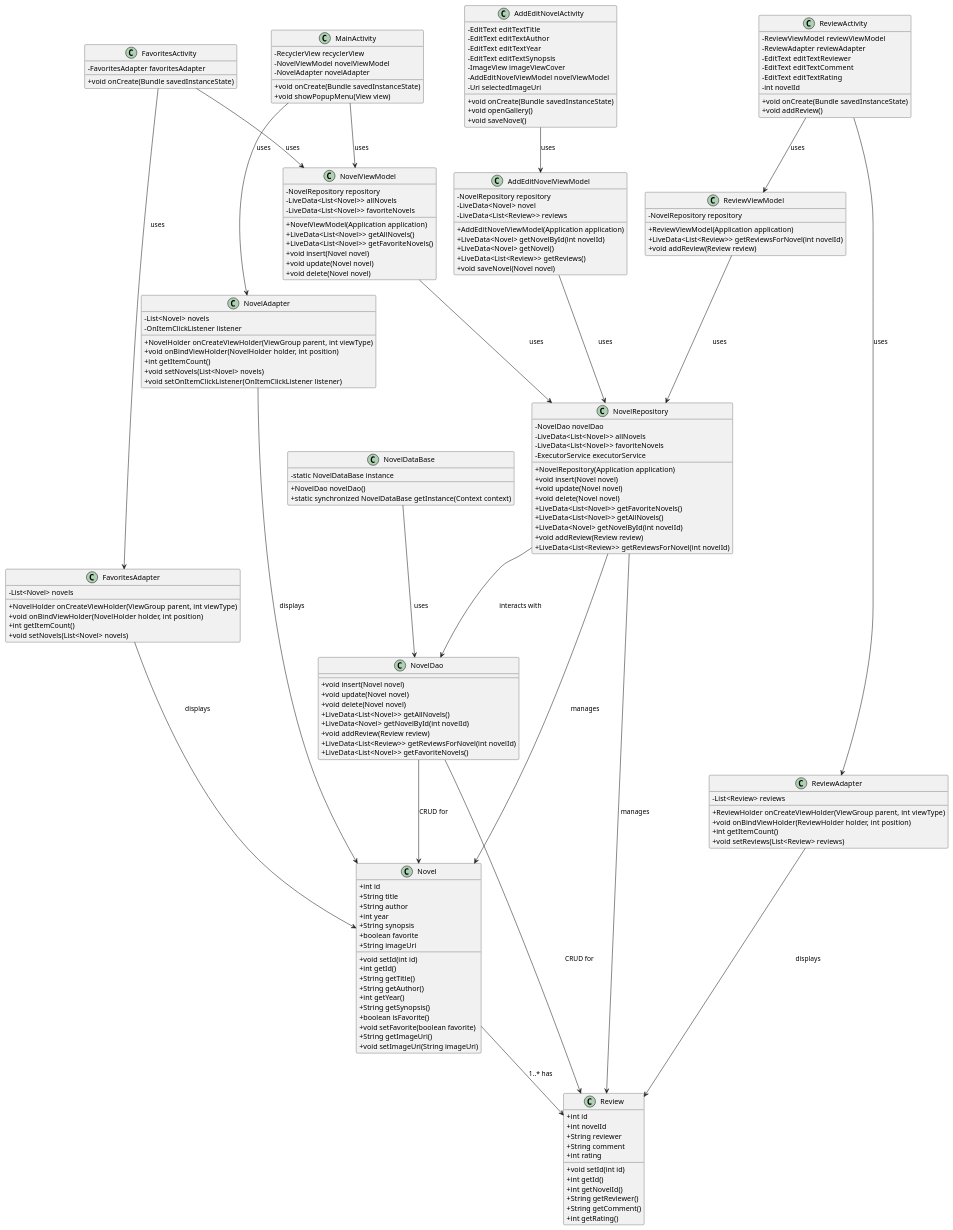
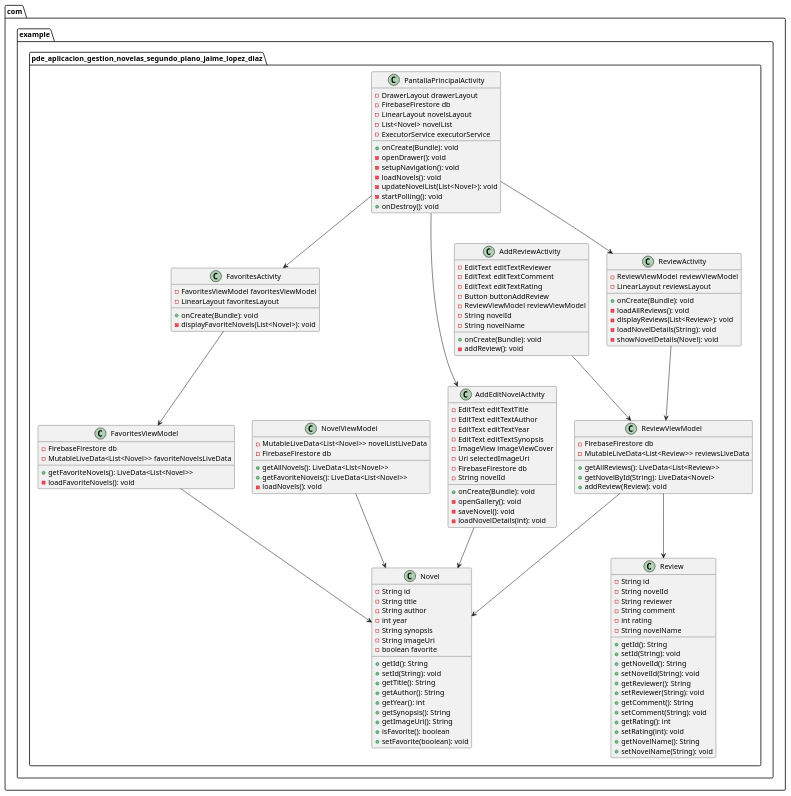
The diagram in app/src/main/java/uml/UMLClasesNovelas.puml (Jaime1999l/PDE_Aplicacion_Gestion_Novelas_Segundo_Plano_Jaime_Lopez_Diaz), drawn with PlantUML before and after one commit. The commit also changed 1 other file, not shown here.

```diff
--- a/app/src/main/java/uml/UMLClasesNovelas.puml
+++ b/app/src/main/java/uml/UMLClasesNovelas.puml
@@ -1,185 +1,137 @@
 @startuml
-skinparam classAttributeIconSize 0
+package com.example.pde_aplicacion_gestion_novelas_segundo_plano_jaime_lopez_diaz {
+    class PantallaPrincipalActivity {
+        - DrawerLayout drawerLayout
+        - FirebaseFirestore db
+        - LinearLayout novelsLayout
+        - List<Novel> novelList
+        - ExecutorService executorService
+        + onCreate(Bundle): void
+        - openDrawer(): void
+        - setupNavigation(): void
+        - loadNovels(): void
+        - updateNovelList(List<Novel>): void
+        - startPolling(): void
+        + onDestroy(): void
+    }
 
-class Novel {
-    +int id
-    +String title
-    +String author
-    +int year
-    +String synopsis
-    +boolean favorite
-    +String imageUri
-    +void setId(int id)
-    +int getId()
-    +String getTitle()
-    +String getAuthor()
-    +int getYear()
-    +String getSynopsis()
-    +boolean isFavorite()
-    +void setFavorite(boolean favorite)
-    +String getImageUri()
-    +void setImageUri(String imageUri)
+    class ReviewActivity {
+        - ReviewViewModel reviewViewModel
+        - LinearLayout reviewsLayout
+        + onCreate(Bundle): void
+        - loadAllReviews(): void
+        - displayReviews(List<Review>): void
+        - loadNovelDetails(String): void
+        - showNovelDetails(Novel): void
+    }
+
+    class AddReviewActivity {
+        - EditText editTextReviewer
+        - EditText editTextComment
+        - EditText editTextRating
+        - Button buttonAddReview
+        - ReviewViewModel reviewViewModel
+        - String novelId
+        - String novelName
+        + onCreate(Bundle): void
+        - addReview(): void
+    }
+
+    class FavoritesActivity {
+        - FavoritesViewModel favoritesViewModel
+        - LinearLayout favoritesLayout
+        + onCreate(Bundle): void
+        - displayFavoriteNovels(List<Novel>): void
+    }
+
+    class AddEditNovelActivity {
+        - EditText editTextTitle
+        - EditText editTextAuthor
+        - EditText editTextYear
+        - EditText editTextSynopsis
+        - ImageView imageViewCover
+        - Uri selectedImageUri
+        - FirebaseFirestore db
+        - String novelId
+        + onCreate(Bundle): void
+        - openGallery(): void
+        - saveNovel(): void
+        - loadNovelDetails(int): void
+    }
+
+    class ReviewViewModel {
+        - FirebaseFirestore db
+        - MutableLiveData<List<Review>> reviewsLiveData
+        + getAllReviews(): LiveData<List<Review>>
+        + getNovelById(String): LiveData<Novel>
+        + addReview(Review): void
+    }
+
+    class NovelViewModel {
+        - MutableLiveData<List<Novel>> novelListLiveData
+        - FirebaseFirestore db
+        + getAllNovels(): LiveData<List<Novel>>
+        + getFavoriteNovels(): LiveData<List<Novel>>
+        - loadNovels(): void
+    }
+
+    class FavoritesViewModel {
+        - FirebaseFirestore db
+        - MutableLiveData<List<Novel>> favoriteNovelsLiveData
+        + getFavoriteNovels(): LiveData<List<Novel>>
+        - loadFavoriteNovels(): void
+    }
+
+    class Novel {
+        - String id
+        - String title
+        - String author
+        - int year
+        - String synopsis
+        - String imageUri
+        - boolean favorite
+        + getId(): String
+        + setId(String): void
+        + getTitle(): String
+        + getAuthor(): String
+        + getYear(): int
+        + getSynopsis(): String
+        + getImageUri(): String
+        + isFavorite(): boolean
+        + setFavorite(boolean): void
+    }
+
+    class Review {
+        - String id
+        - String novelId
+        - String reviewer
+        - String comment
+        - int rating
+        - String novelName
+        + getId(): String
+        + setId(String): void
+        + getNovelId(): String
+        + setNovelId(String): void
+        + getReviewer(): String
+        + setReviewer(String): void
+        + getComment(): String
+        + setComment(String): void
+        + getRating(): int
+        + setRating(int): void
+        + getNovelName(): String
+        + setNovelName(String): void
+    }
+
+    PantallaPrincipalActivity --> AddEditNovelActivity
+    PantallaPrincipalActivity --> FavoritesActivity
+    PantallaPrincipalActivity --> ReviewActivity
+    ReviewActivity --> ReviewViewModel
+    AddReviewActivity --> ReviewViewModel
+    FavoritesActivity --> FavoritesViewModel
+    AddEditNovelActivity --> Novel
+    ReviewViewModel --> Review
+    ReviewViewModel --> Novel
+    NovelViewModel --> Novel
+    FavoritesViewModel --> Novel
 }
-
-class Review {
-    +int id
-    +int novelId
-    +String reviewer
-    +String comment
-    +int rating
-    +void setId(int id)
-    +int getId()
-    +int getNovelId()
-    +String getReviewer()
-    +String getComment()
-    +int getRating()
-}
-
-class NovelDao {
-    +void insert(Novel novel)
-    +void update(Novel novel)
-    +void delete(Novel novel)
-    +LiveData<List<Novel>> getAllNovels()
-    +LiveData<Novel> getNovelById(int novelId)
-    +void addReview(Review review)
-    +LiveData<List<Review>> getReviewsForNovel(int novelId)
-    +LiveData<List<Novel>> getFavoriteNovels()
-}
-
-class NovelDataBase {
-    -static NovelDataBase instance
-    +NovelDao novelDao()
-    +static synchronized NovelDataBase getInstance(Context context)
-}
-
-class NovelRepository {
-    -NovelDao novelDao
-    -LiveData<List<Novel>> allNovels
-    -LiveData<List<Novel>> favoriteNovels
-    -ExecutorService executorService
-    +NovelRepository(Application application)
-    +void insert(Novel novel)
-    +void update(Novel novel)
-    +void delete(Novel novel)
-    +LiveData<List<Novel>> getFavoriteNovels()
-    +LiveData<List<Novel>> getAllNovels()
-    +LiveData<Novel> getNovelById(int novelId)
-    +void addReview(Review review)
-    +LiveData<List<Review>> getReviewsForNovel(int novelId)
-}
-
-class NovelViewModel {
-    -NovelRepository repository
-    -LiveData<List<Novel>> allNovels
-    -LiveData<List<Novel>> favoriteNovels
-    +NovelViewModel(Application application)
-    +LiveData<List<Novel>> getAllNovels()
-    +LiveData<List<Novel>> getFavoriteNovels()
-    +void insert(Novel novel)
-    +void update(Novel novel)
-    +void delete(Novel novel)
-}
-
-class AddEditNovelViewModel {
-    -NovelRepository repository
-    -LiveData<Novel> novel
-    -LiveData<List<Review>> reviews
-    +AddEditNovelViewModel(Application application)
-    +LiveData<Novel> getNovelById(int novelId)
-    +LiveData<Novel> getNovel()
-    +LiveData<List<Review>> getReviews()
-    +void saveNovel(Novel novel)
-}
-
-class ReviewViewModel {
-    -NovelRepository repository
-    +ReviewViewModel(Application application)
-    +LiveData<List<Review>> getReviewsForNovel(int novelId)
-    +void addReview(Review review)
-}
-
-class MainActivity {
-    -RecyclerView recyclerView
-    -NovelViewModel novelViewModel
-    -NovelAdapter novelAdapter
-    +void onCreate(Bundle savedInstanceState)
-    +void showPopupMenu(View view)
-}
-
-class AddEditNovelActivity {
-    -EditText editTextTitle
-    -EditText editTextAuthor
-    -EditText editTextYear
-    -EditText editTextSynopsis
-    -ImageView imageViewCover
-    -AddEditNovelViewModel novelViewModel
-    -Uri selectedImageUri
-    +void onCreate(Bundle savedInstanceState)
-    +void openGallery()
-    +void saveNovel()
-}
-
-class ReviewActivity {
-    -ReviewViewModel reviewViewModel
-    -ReviewAdapter reviewAdapter
-    -EditText editTextReviewer
-    -EditText editTextComment
-    -EditText editTextRating
-    -int novelId
-    +void onCreate(Bundle savedInstanceState)
-    +void addReview()
-}
-
-class FavoritesActivity {
-    -FavoritesAdapter favoritesAdapter
-    +void onCreate(Bundle savedInstanceState)
-}
-
-class NovelAdapter {
-    -List<Novel> novels
-    -OnItemClickListener listener
-    +NovelHolder onCreateViewHolder(ViewGroup parent, int viewType)
-    +void onBindViewHolder(NovelHolder holder, int position)
-    +int getItemCount()
-    +void setNovels(List<Novel> novels)
-    +void setOnItemClickListener(OnItemClickListener listener)
-}
-
-class FavoritesAdapter {
-    -List<Novel> novels
-    +NovelHolder onCreateViewHolder(ViewGroup parent, int viewType)
-    +void onBindViewHolder(NovelHolder holder, int position)
-    +int getItemCount()
-    +void setNovels(List<Novel> novels)
-}
-
-class ReviewAdapter {
-    -List<Review> reviews
-    +ReviewHolder onCreateViewHolder(ViewGroup parent, int viewType)
-    +void onBindViewHolder(ReviewHolder holder, int position)
-    +int getItemCount()
-    +void setReviews(List<Review> reviews)
-}
-
-Novel --> Review : "1..* has"
-NovelDao --> Novel : "CRUD for"
-NovelDao --> Review : "CRUD for"
-NovelDataBase --> NovelDao : "uses"
-NovelRepository --> NovelDao : "interacts with"
-NovelRepository --> Novel : "manages"
-NovelRepository --> Review : "manages"
-NovelViewModel --> NovelRepository : "uses"
-AddEditNovelViewModel --> NovelRepository : "uses"
-ReviewViewModel --> NovelRepository : "uses"
-MainActivity --> NovelViewModel : "uses"
-AddEditNovelActivity --> AddEditNovelViewModel : "uses"
-ReviewActivity --> ReviewViewModel : "uses"
-FavoritesActivity --> NovelViewModel : "uses"
-NovelAdapter --> Novel : "displays"
-FavoritesAdapter --> Novel : "displays"
-ReviewAdapter --> Review : "displays"
-MainActivity --> NovelAdapter : "uses"
-FavoritesActivity --> FavoritesAdapter : "uses"
-ReviewActivity --> ReviewAdapter : "uses"
-
 @enduml
```
